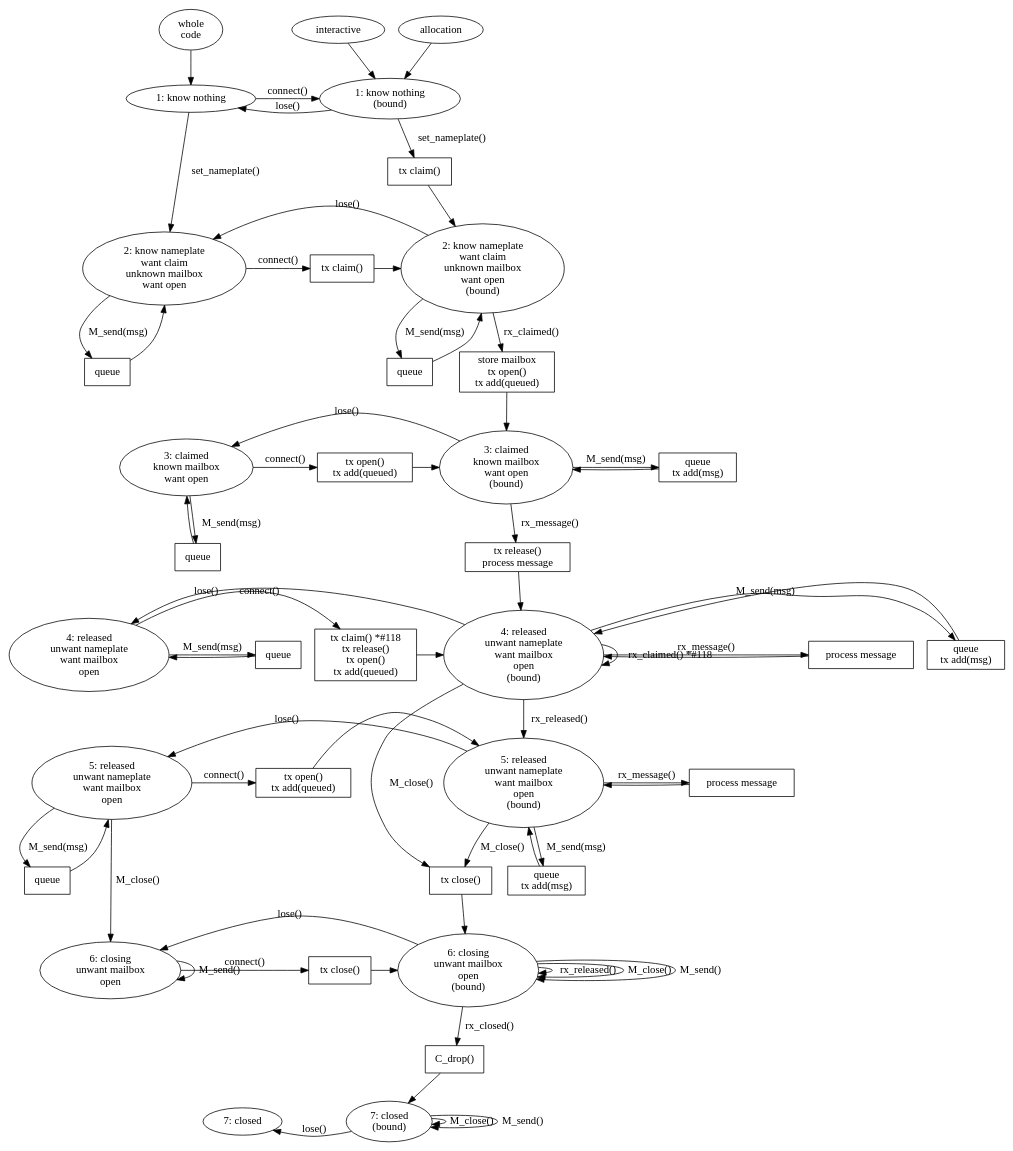
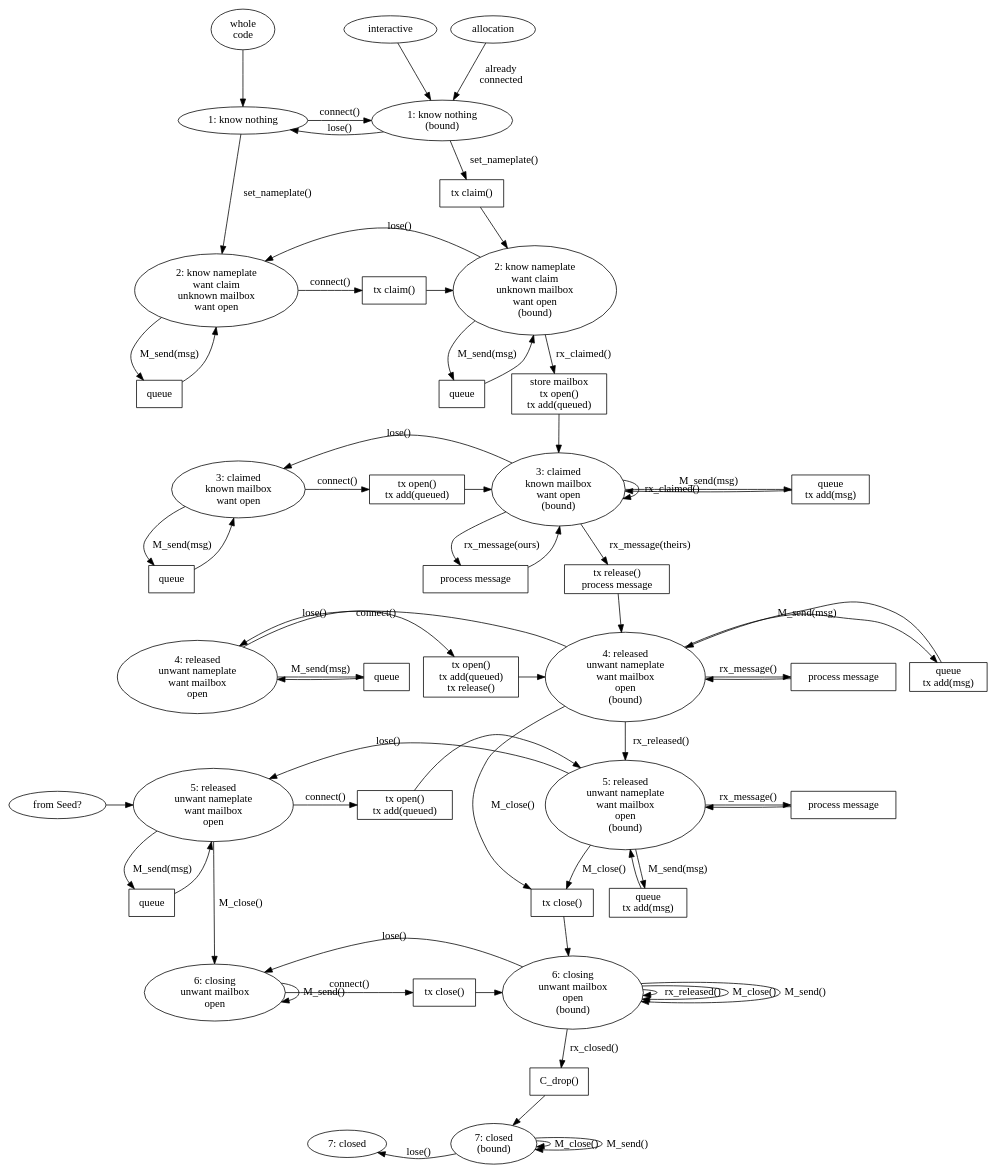
One commit to magic-wormhole/magic-wormhole changed the diagram in docs/w2.dot. Above: the diagram before and after it, drawn with Graphviz.

Commit message:
fixing 118 is the key

```diff
--- a/docs/w2.dot
+++ b/docs/w2.dot
@@ -1,132 +1,139 @@
 digraph {
         /* new idea */
 
         foo [label="whole\ncode"]
         foo -> S1
-        allocation -> S1B
+        allocation -> S1B [label="already\nconnected"]
         interactive -> S1B
 
         {rank=same; S1 S1B}
         S1 [label="1: know nothing"]
         S1B [label="1: know nothing\n(bound)"]
         S1 -> S1B [label="connect()"]
         S1B -> S1 [label="lose()"]
 
         S1 -> S2 [label="set_nameplate()"]
         S1B -> P_claim1 [label="set_nameplate()"]
         P_claim1 [shape="box" label="tx claim()"]
         P_claim1 -> S2B
 
         {rank=same; S2 S2B P_claim2}
         S2 [label="2: know nameplate\nwant claim\nunknown mailbox\nwant open"]
         S2B [label="2: know nameplate\nwant claim\nunknown mailbox\nwant open\n(bound)"]
         S2 -> P_claim2 [label="connect()"]
         S2B -> S2 [label="lose()"]
         P_claim2 [shape="box" label="tx claim()"]
         P_claim2 -> S2B
         S2 -> P2_queue [label="M_send(msg)"]
         P2_queue [shape="box" label="queue"]
         P2_queue -> S2
         S2B -> P2B_queue [label="M_send(msg)"]
         P2B_queue [shape="box" label="queue"]
         P2B_queue -> S2B
 
         S2 -> S3 [label="(none)" style="invis"]
         S2B -> P_open [label="rx_claimed()"]
         P_open [shape="box" label="store mailbox\ntx open()\ntx add(queued)"]
         P_open -> S3B
 
         {rank=same; S3 S3B P3_open P3_send}
         S3 [label="3: claimed\nknown mailbox\nwant open"]
         S3B [label="3: claimed\nknown mailbox\nwant open\n(bound)"]
         S3 -> P3_open [label="connect()"]
         S3B -> S3 [label="lose()"]
         /*S3B -> S2 [label="lose()"]*/ /* not worth it */
         P3_open [shape="box" label="tx open()\ntx add(queued)"]
         P3_open -> S3B
-        /*S3B -> S3B [label="rx_claimed()"] */
+        S3B -> S3B [label="rx_claimed()"]
         S3B -> P3_send [label="M_send(msg)"]
         P3_send [shape="box" label="queue\ntx add(msg)"]
         P3_send -> S3B
         S3 -> P3_queue [label="M_send(msg)"]
         P3_queue [shape="box" label="queue"]
         P3_queue -> S3
 
         S3 -> S4 [label="(none)" style="invis"]
-        S3B -> P3_release_process [label="rx_message()"]
-        P3_release_process [shape="box" label="tx release()\nprocess message"]
-        P3_release_process -> S4B
+        S3B -> P3_process_ours [label="rx_message(ours)"]
+        P3_process_ours [shape="box" label="process message"]
+        P3_process_ours -> S3B
+        S3B -> P3_process_theirs [label="rx_message(theirs)"]
+        P3_process_theirs [shape="box" label="tx release()\nprocess message"]
+        P3_process_theirs -> S4B
 
         {rank=same; S4 P4_release S4B P4_process P4_send P4_queue}
         S4 [label="4: released\nunwant nameplate\nwant mailbox\nopen\n"]
+
         S4B [label="4: released\nunwant nameplate\nwant mailbox\nopen\n(bound)"]
         S4 -> P4_release [label="connect()"]
         /* it is currently an error to release a nameplate you aren't
         currently claiming, so release() is not idempotent. #118 fixes that */
-        P4_release [shape="box" label="tx claim() *#118\ntx release()\ntx open()\ntx add(queued)"]
-        S4B -> S4B [label="rx_claimed() *#118"]
+        P4_release [shape="box" label="tx open()\ntx add(queued)\ntx release()"]
+        /*S4B -> S4B [label="rx_claimed() *#118"]*/
         S4B -> P_close [label="M_close()"]
         S4B -> P4_send [label="M_send(msg)"]
         P4_send [shape="box" label="queue\ntx add(msg)"]
         P4_send -> S4B
         S4 -> P4_queue [label="M_send(msg)"]
         P4_queue [shape="box" label="queue"]
         P4_queue -> S4
 
         P4_release -> S4B
         S4B -> S4 [label="lose()"]
+        /*S4B -> S2 [label="lose()"]*/
         S4B -> P4_process [label="rx_message()"]
         P4_process [shape="box" label="process message"]
         P4_process -> S4B
 
         S4 -> S5 [label="(none)" style="invis"]
         S4B -> S5B [label="rx_released()"]
 
-        {rank=same; S5 S5B P5_open P5_process}
+        seed [label="from Seed?"]
+        seed -> S5
+        {rank=same; seed S5 S5B P5_open P5_process}
         S5 [label="5: released\nunwant nameplate\nwant mailbox\nopen\n"]
         S5B [label="5: released\nunwant nameplate\nwant mailbox\nopen\n(bound)"]
         S5 -> P5_open [label="connect()"]
         P5_open [shape="box" label="tx open()\ntx add(queued)"]
         P5_open -> S5B
         S5B -> S5 [label="lose()"]
         S5B -> P5_process [label="rx_message()"]
         P5_process [shape="box" label="process message"]
         P5_process -> S5B
         S5B -> P5_send [label="M_send(msg)"]
         P5_send [shape="box" label="queue\ntx add(msg)"]
         P5_send -> S5B
         S5 -> P5_queue [label="M_send(msg)"]
         P5_queue [shape="box" label="queue"]
         P5_queue -> S5
 
         S5 -> S6 [label="M_close()"]
         S5B -> P_close [label="M_close()"]
         P_close [shape="box" label="tx close()"]
         P_close -> S6B
 
         {rank=same; S6 P6_close S6B}
         S6 [label="6: closing\nunwant mailbox\nopen\n"]
         S6B [label="6: closing\nunwant mailbox\nopen\n(bound)"]
         S6 -> P6_close [label="connect()"]
         P6_close [shape="box" label="tx close()"]
         P6_close -> S6B
         S6B -> S6 [label="lose()"]
         S6B -> S6B [label="rx_released()"]
         S6B -> S6B [label="M_close()"]
         S6B -> S6B [label="M_send()"]
         S6 -> S6 [label="M_send()"]
 
         S6 -> S7 [label="(none)" style="invis"]
         S6B -> P7_drop [label="rx_closed()"]
         P7_drop [shape="box" label="C_drop()"]
         P7_drop -> S7B
 
         {rank=same; S7 S7B}
         S7 [label="7: closed\n"]
         S7B [label="7: closed\n(bound)"]
         S7 -> S7B [label="connect()" style="invis"]
         S7B -> S7 [label="lose()"]
         S7B -> S7B [label="M_close()"]
         S7B -> S7B [label="M_send()"]
 
 }
```
